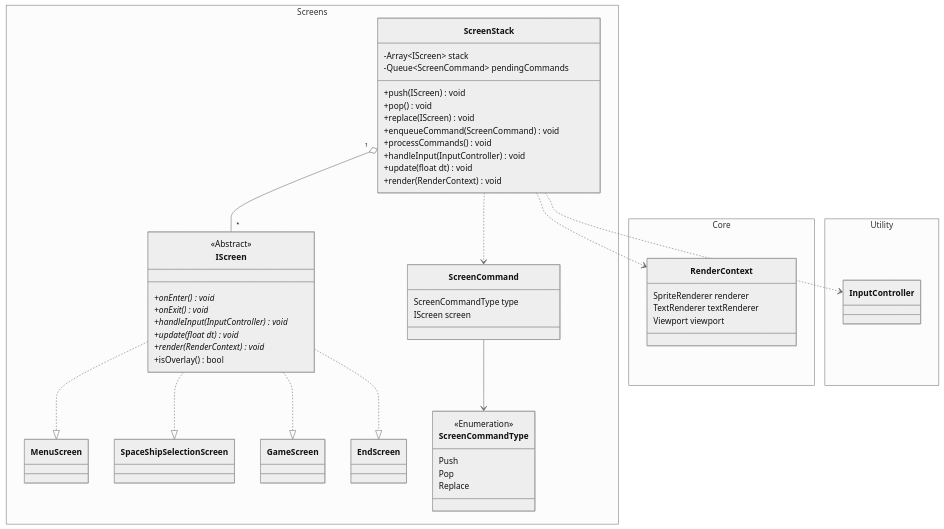
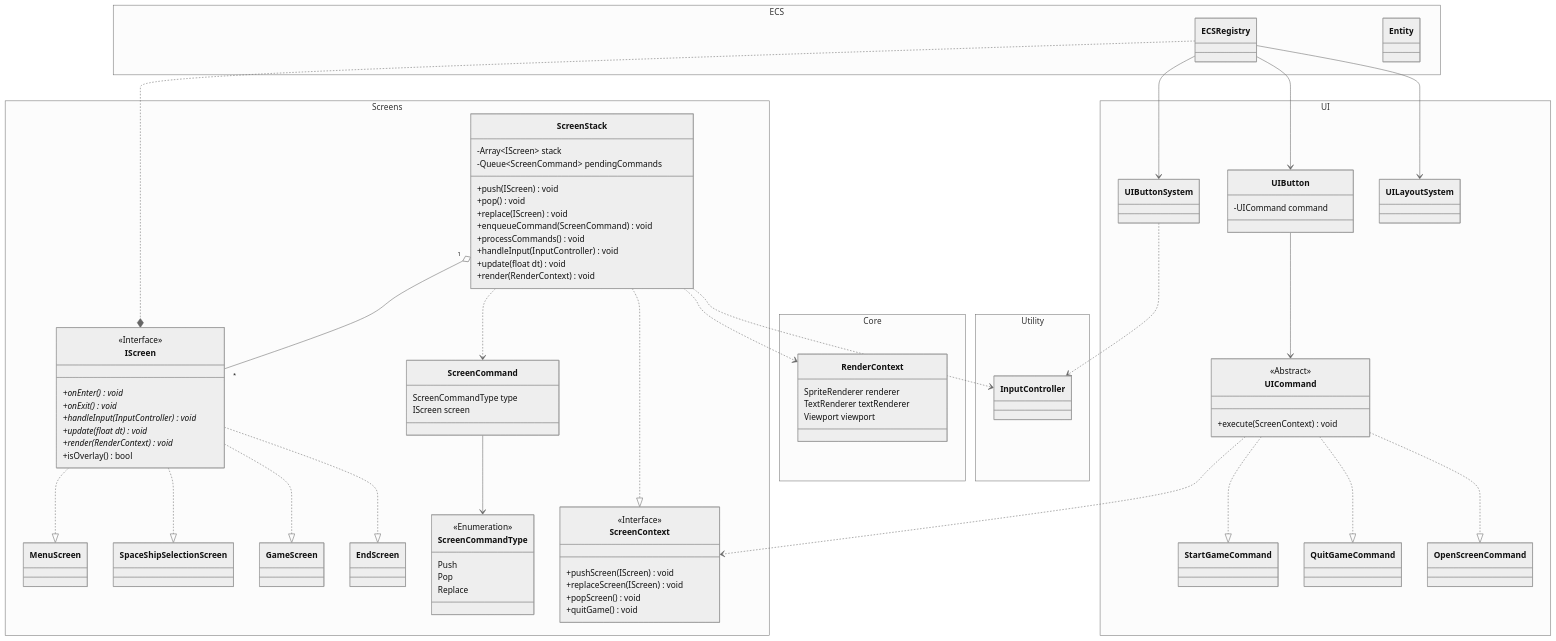
The diagram in docs/architecture/ScreenSystem.md (FelixHommel/StarfighterAlliance), drawn with Mermaid (neutral theme) before and after one commit.

Commit message:
docs: update the diagram to the current state

````diff
--- a/docs/architecture/ScreenSystem.md
+++ b/docs/architecture/ScreenSystem.md
@@ -11,7 +11,7 @@
     class EndScreen
 
     class IScreen{
-      <<Abstract>>
+      <<Interface>>
 
       +onEnter()* void
       +onExit()* void
@@ -50,6 +50,15 @@
       ScreenCommandType type
       IScreen screen
     }
+
+    class ScreenContext{
+      <<Interface>>
+
+      +pushScreen(IScreen) void
+      +replaceScreen(IScreen) void
+      +popScreen() void
+      +quitGame() void
+    }
   }
 
   namespace Core{
@@ -65,6 +74,26 @@
     class InputController
   }
 
+  namespace ECS{
+    class ECSRegistry
+    class Entity
+  }
+
+  namespace UI{
+    class UIButtonSystem
+    class UIButton{
+      -UICommand command
+    }
+    class UILayoutSystem
+    class UICommand{
+      <<Abstract>>
+      +execute(ScreenContext) void
+    }
+    class StartGameCommand
+    class QuitGameCommand
+    class OpenScreenCommand
+  }
+
   IScreen ..|> MenuScreen
   IScreen ..|> SpaceShipSelectionScreen
   IScreen ..|> GameScreen
@@ -74,6 +103,21 @@
   ScreenStack ..> RenderContext
   ScreenStack ..> InputController
   ScreenStack ..> ScreenCommand
+  ScreenStack ..|> ScreenContext
 
   ScreenCommand --> ScreenCommandType
+
+  ECSRegistry ..* IScreen
+  ECSRegistry --> UIButton
+  ECSRegistry --> UIButtonSystem
+  ECSRegistry --> UILayoutSystem
+
+  UICommand ..> ScreenContext
+  UICommand ..|> StartGameCommand
+  UICommand ..|> QuitGameCommand
+  UICommand ..|> OpenScreenCommand
+
+  UIButtonSystem ..> InputController
+
+  UIButton --> UICommand
 ```
````
